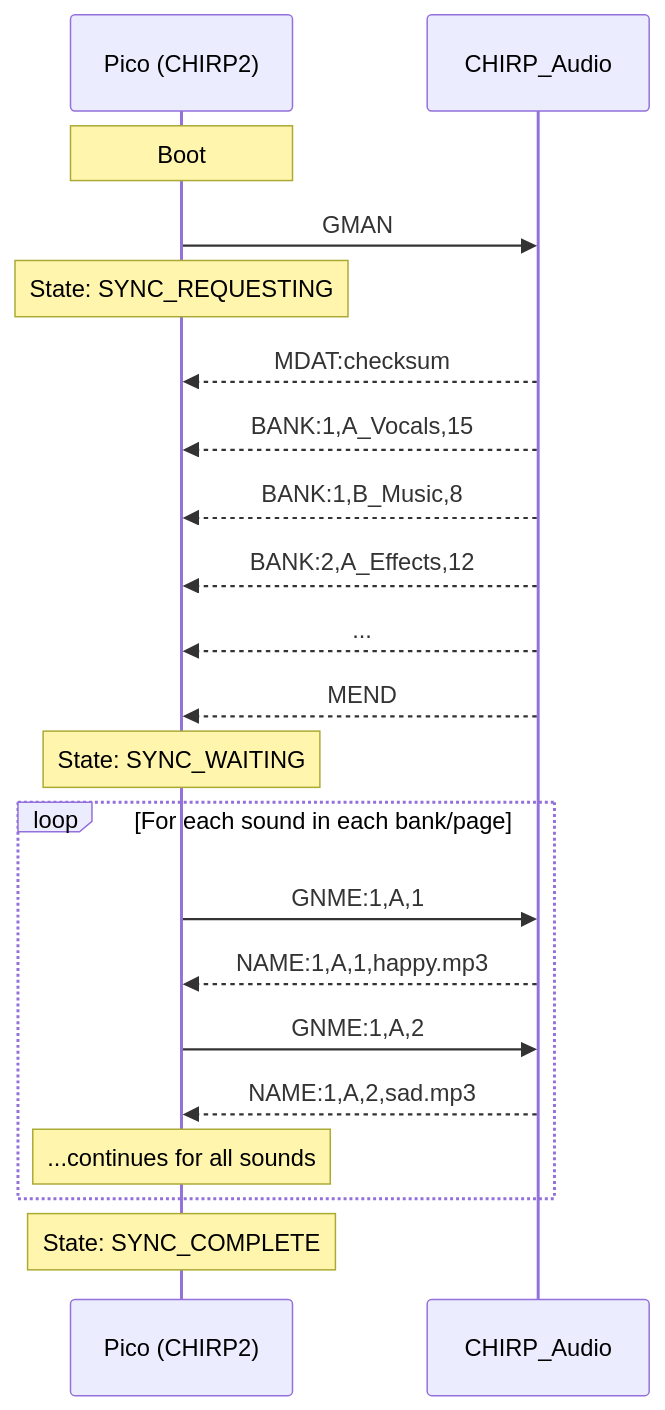
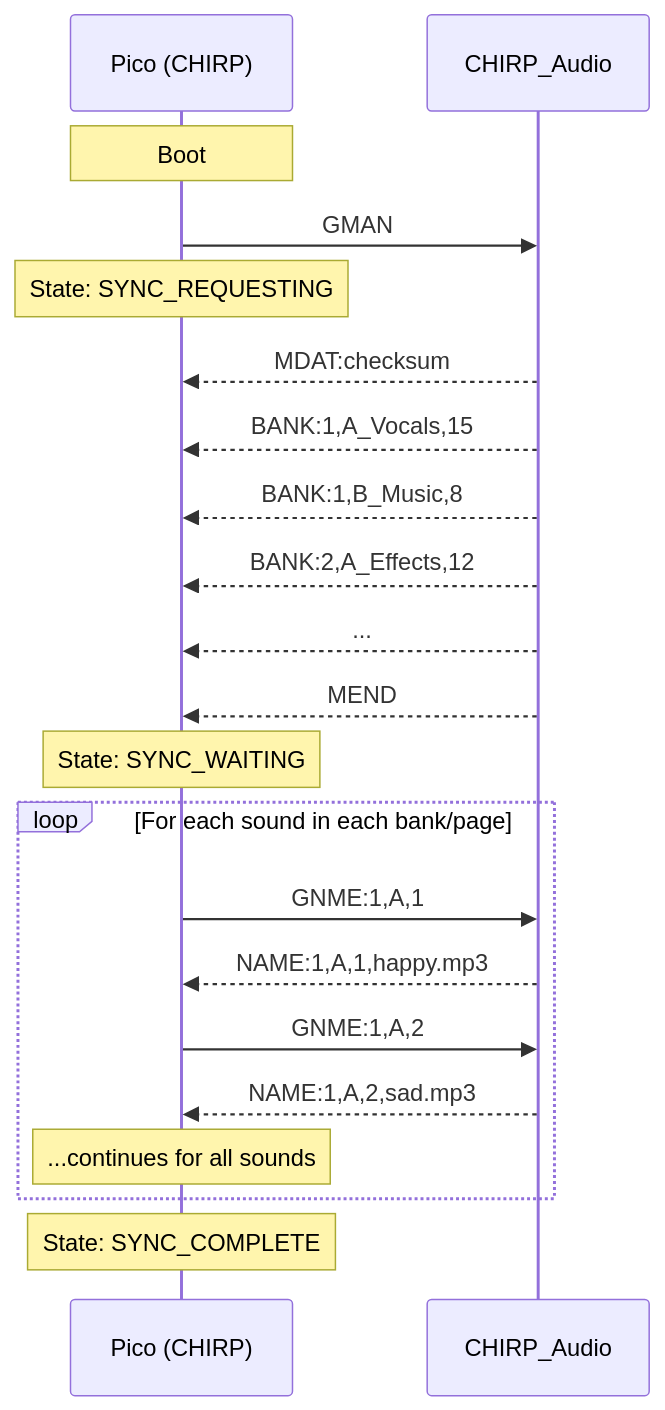
One commit to joymonkey/CHIRP changed the second of 3 diagrams in CHIRP_Droid_Control/README.md. Above: the diagram before and after it, drawn with Mermaid. The commit also changed other lines of this file, not shown here.

````diff
--- a/CHIRP_Droid_Control/README.md
+++ b/CHIRP_Droid_Control/README.md
@@ -193,27 +193,27 @@
 ```mermaid
 sequenceDiagram
-    participant P as Pico (CHIRP2)
+    participant P as Pico (CHIRP)
     participant A as CHIRP_Audio
 
     Note over P: Boot
     P->>A: GMAN
     Note over P: State: SYNC_REQUESTING
 
     A-->>P: MDAT:checksum
     A-->>P: BANK:1,A_Vocals,15
     A-->>P: BANK:1,B_Music,8
     A-->>P: BANK:2,A_Effects,12
     A-->>P: ...
     A-->>P: MEND
     Note over P: State: SYNC_WAITING
 
     loop For each sound in each bank/page
         P->>A: GNME:1,A,1
         A-->>P: NAME:1,A,1,happy.mp3
         P->>A: GNME:1,A,2
         A-->>P: NAME:1,A,2,sad.mp3
         Note over P: ...continues for all sounds
     end
 
     Note over P: State: SYNC_COMPLETE
 ```
````
